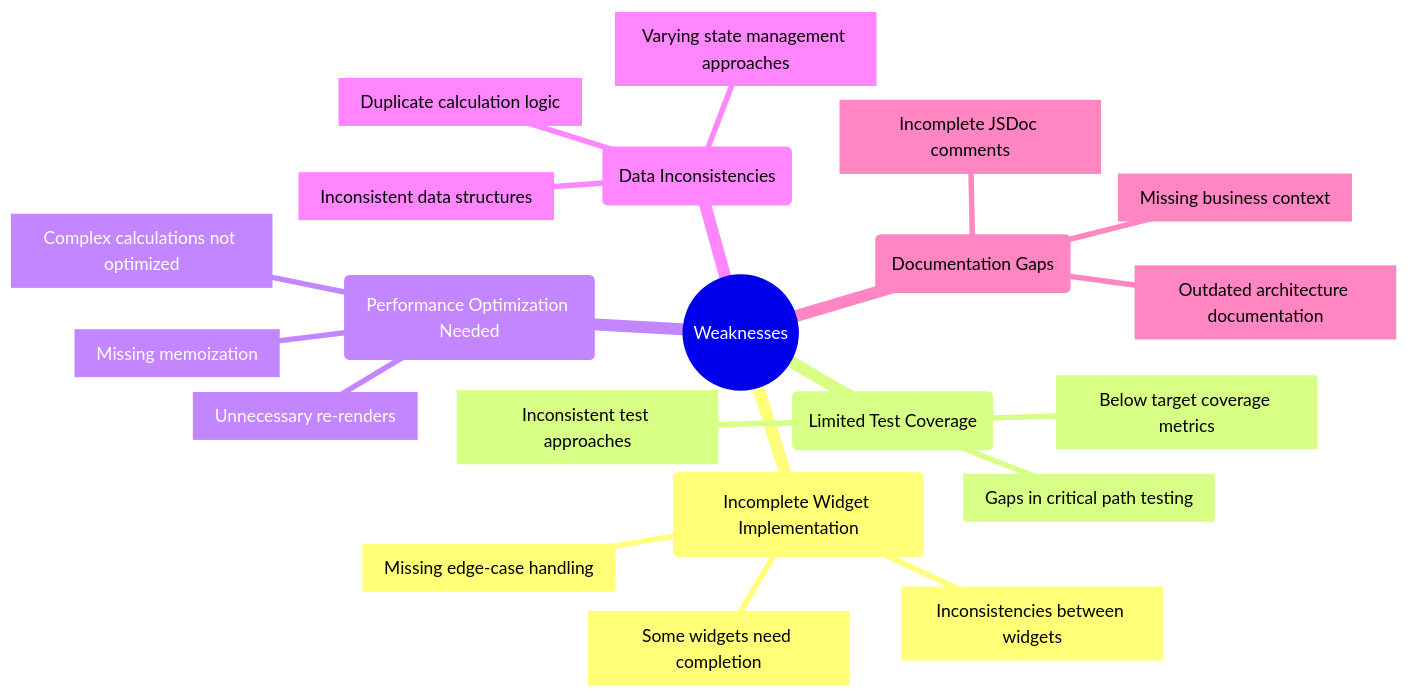
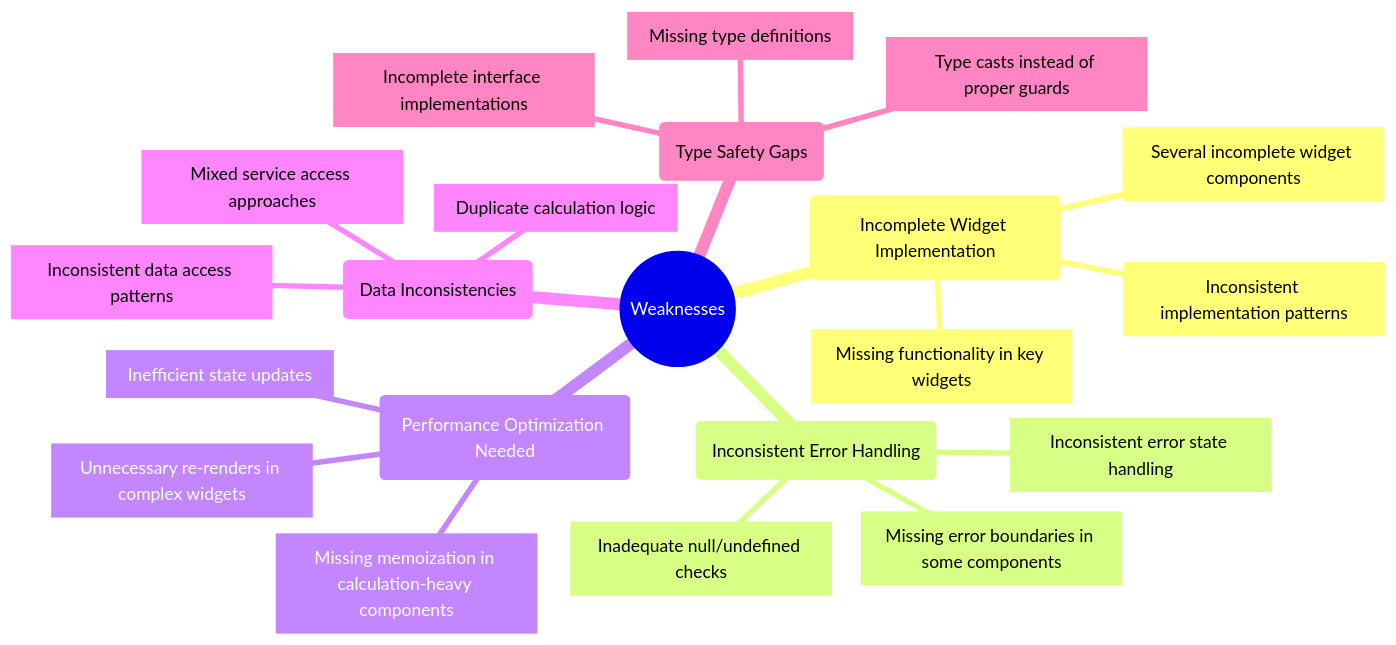
Before and after one commit to Hack23/cia-compliance-manager: the fourth of 6 diagrams in docs/architecture/SWOT.md, drawn with Mermaid. The commit also changed other lines of this file and 5 other files, not shown here.

````diff
--- a/docs/architecture/SWOT.md
+++ b/docs/architecture/SWOT.md
@@ -156,24 +160,24 @@
 ```mermaid
 mindmap
   root((Weaknesses))
     id1(Incomplete Widget Implementation)
-      id1.1[Some widgets need completion]
-      id1.2[Missing edge-case handling]
-      id1.3[Inconsistencies between widgets]
-    id2(Limited Test Coverage)
-      id2.1[Below target coverage metrics]
-      id2.2[Inconsistent test approaches]
-      id2.3[Gaps in critical path testing]
+      id1.1[Several incomplete widget components]
+      id1.2[Missing functionality in key widgets]
+      id1.3[Inconsistent implementation patterns]
+    id2(Inconsistent Error Handling)
+      id2.1[Missing error boundaries in some components]
+      id2.2[Inconsistent error state handling]
+      id2.3[Inadequate null/undefined checks]
     id3(Performance Optimization Needed)
-      id3.1[Unnecessary re-renders]
-      id3.2[Missing memoization]
-      id3.3[Complex calculations not optimized]
+      id3.1[Missing memoization in calculation-heavy components]
+      id3.2[Unnecessary re-renders in complex widgets]
+      id3.3[Inefficient state updates]
     id4(Data Inconsistencies)
-      id4.1[Inconsistent data structures]
+      id4.1[Inconsistent data access patterns]
       id4.2[Duplicate calculation logic]
-      id4.3[Varying state management approaches]
-    id5(Documentation Gaps)
-      id5.1[Incomplete JSDoc comments]
-      id5.2[Missing business context]
-      id5.3[Outdated architecture documentation]
+      id4.3[Mixed service access approaches]
+    id5(Type Safety Gaps)
+      id5.1[Type casts instead of proper guards]
+      id5.2[Incomplete interface implementations]
+      id5.3[Missing type definitions]
 ```
````
